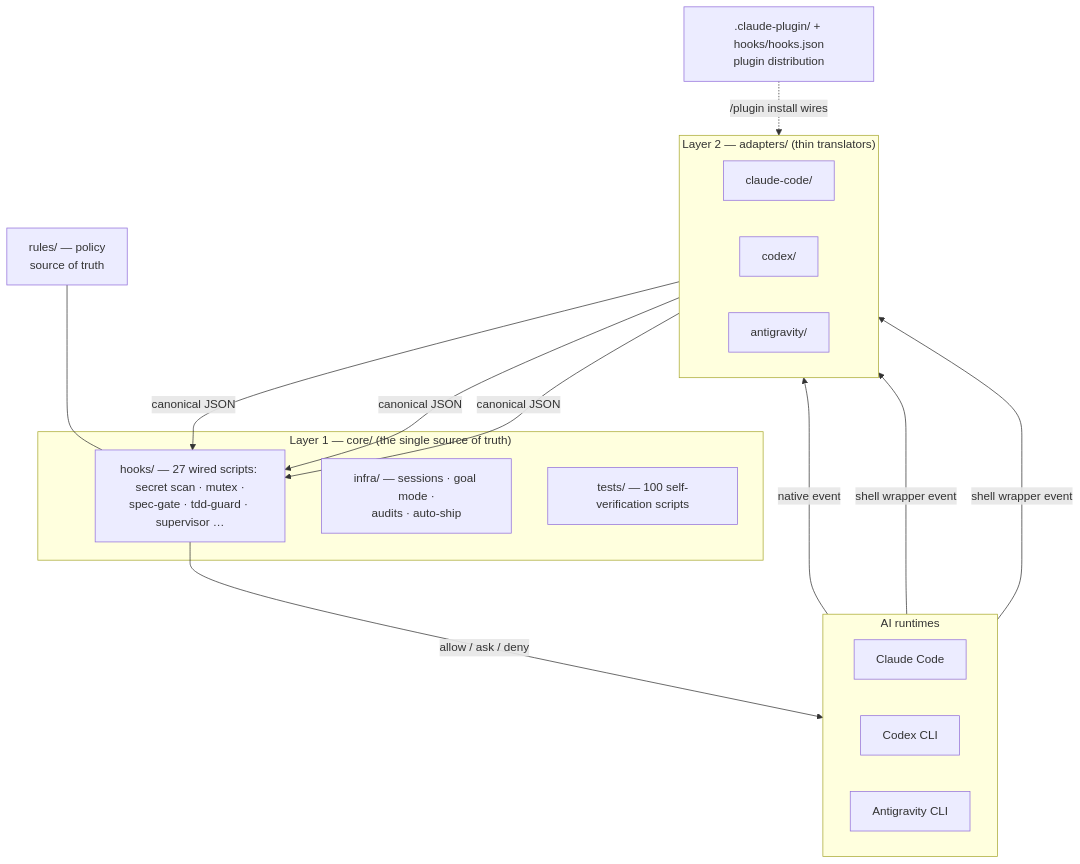
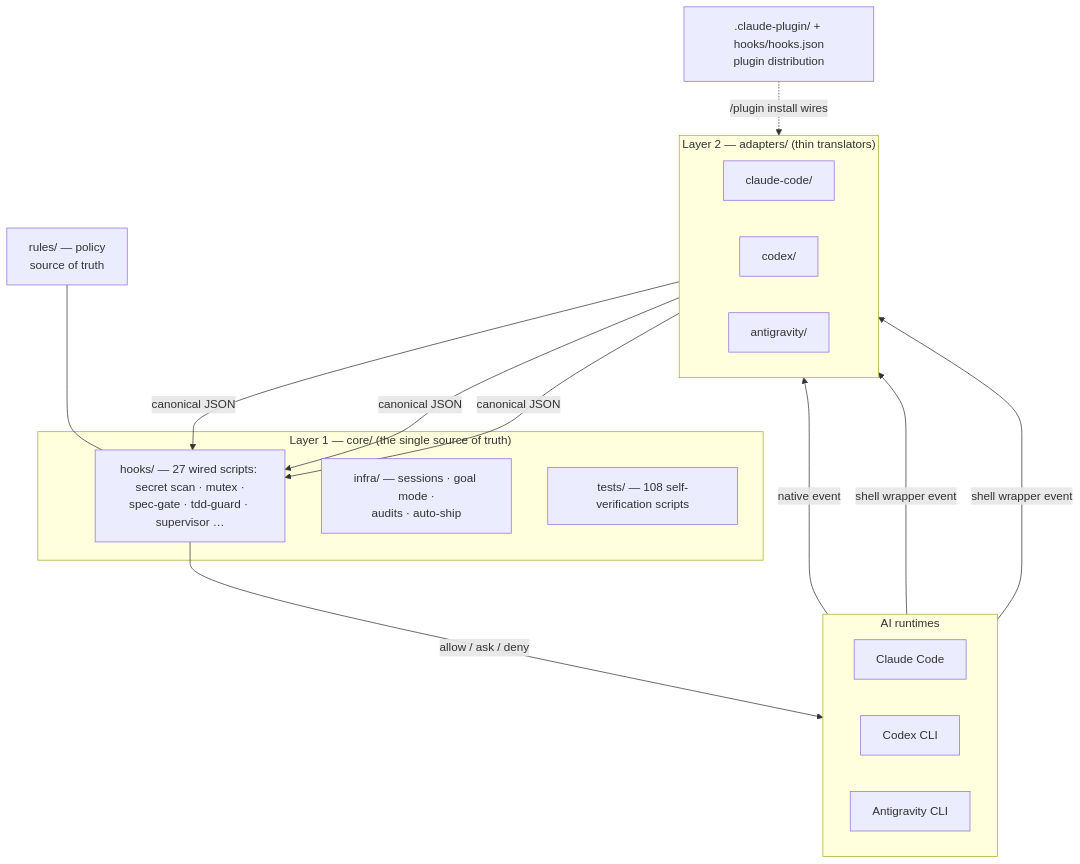
The second of 5 diagrams in README.md (joymin5655/Agent), drawn with Mermaid before and after one commit. The commit also changed other lines of this file and 9 other files, not shown here.

````diff
--- a/README.md
+++ b/README.md
@@ -313,32 +313,32 @@
 ```mermaid
 flowchart TB
     subgraph RT["AI runtimes"]
         direction LR
         CC["Claude Code"]
         CX["Codex CLI"]
         GM["Antigravity CLI"]
     end
     subgraph AD["Layer 2 — adapters/ (thin translators)"]
         direction LR
         A1["claude-code/"]
         A2["codex/"]
         A3["antigravity/"]
     end
     subgraph CORE["Layer 1 — core/ (the single source of truth)"]
         H["hooks/ — 27 wired scripts: secret scan · mutex ·<br/>spec-gate · tdd-guard · supervisor …"]
         I["infra/ — sessions · goal mode ·<br/>audits · auto-ship"]
-        T["tests/ — 100 self-verification scripts"]
+        T["tests/ — 108 self-verification scripts"]
     end
     R["rules/ — policy<br/>source of truth"]
     PLUG[".claude-plugin/ + hooks/hooks.json<br/>plugin distribution"]
 
     CC -->|native event| A1
     CX -->|shell wrapper event| A2
     GM -->|shell wrapper event| A3
     A1 -->|canonical JSON| H
     A2 -->|canonical JSON| H
     A3 -->|canonical JSON| H
     H -->|"allow / ask / deny"| RT
     R --- H
     PLUG -. "/plugin install wires" .-> A1
 ```
````
